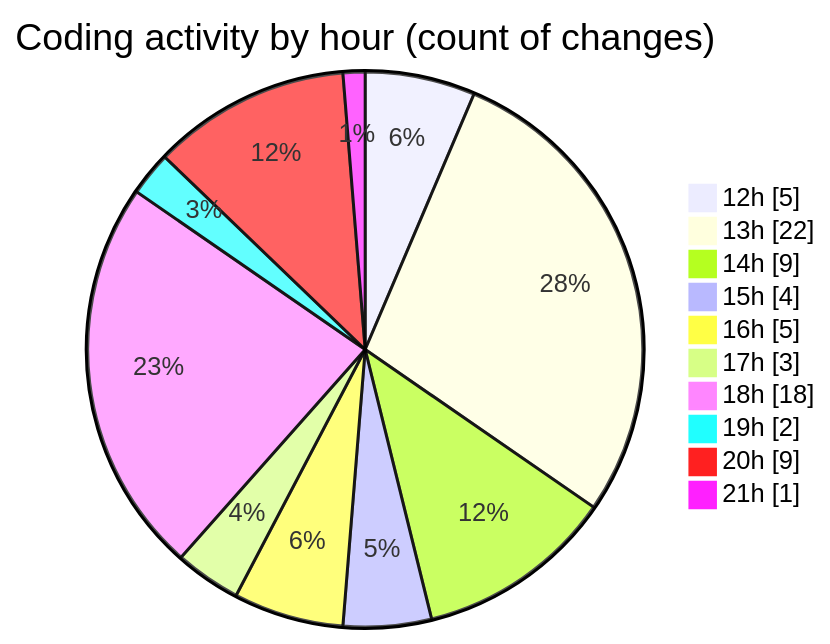
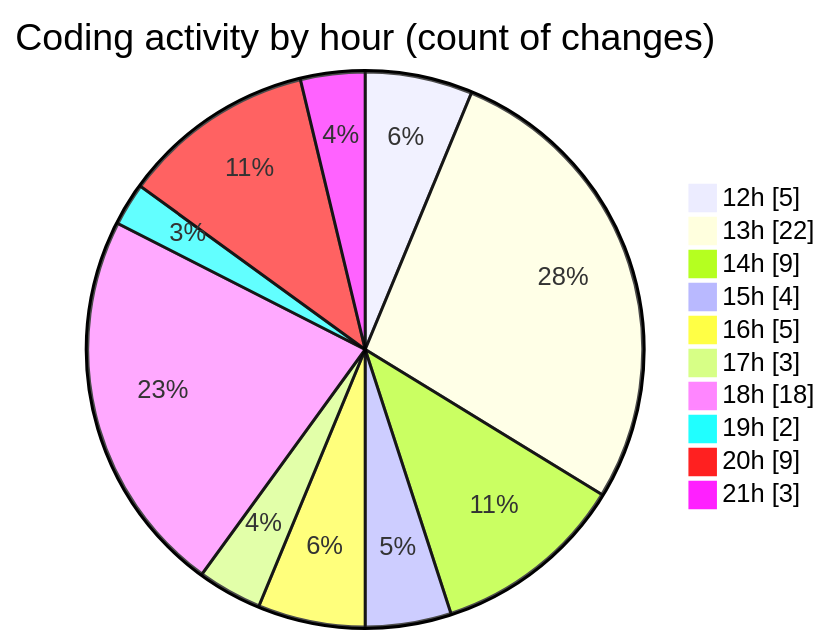
Before and after one commit to MatusMokan/code-tracking: the second of 2 diagrams in 2025-04-19/myws__workspace_/README.md, drawn with Mermaid. The commit also changed other lines of this file and 1 other file, not shown here.

````diff
--- a/2025-04-19/myws__workspace_/README.md
+++ b/2025-04-19/myws__workspace_/README.md
@@ -32,14 +32,14 @@
 ```mermaid
 pie showData
 title Coding activity by hour (count of changes)
 "12h" : 5
 "13h" : 22
 "14h" : 9
 "15h" : 4
 "16h" : 5
 "17h" : 3
 "18h" : 18
 "19h" : 2
 "20h" : 9
-"21h" : 1
+"21h" : 3
 ```
````
